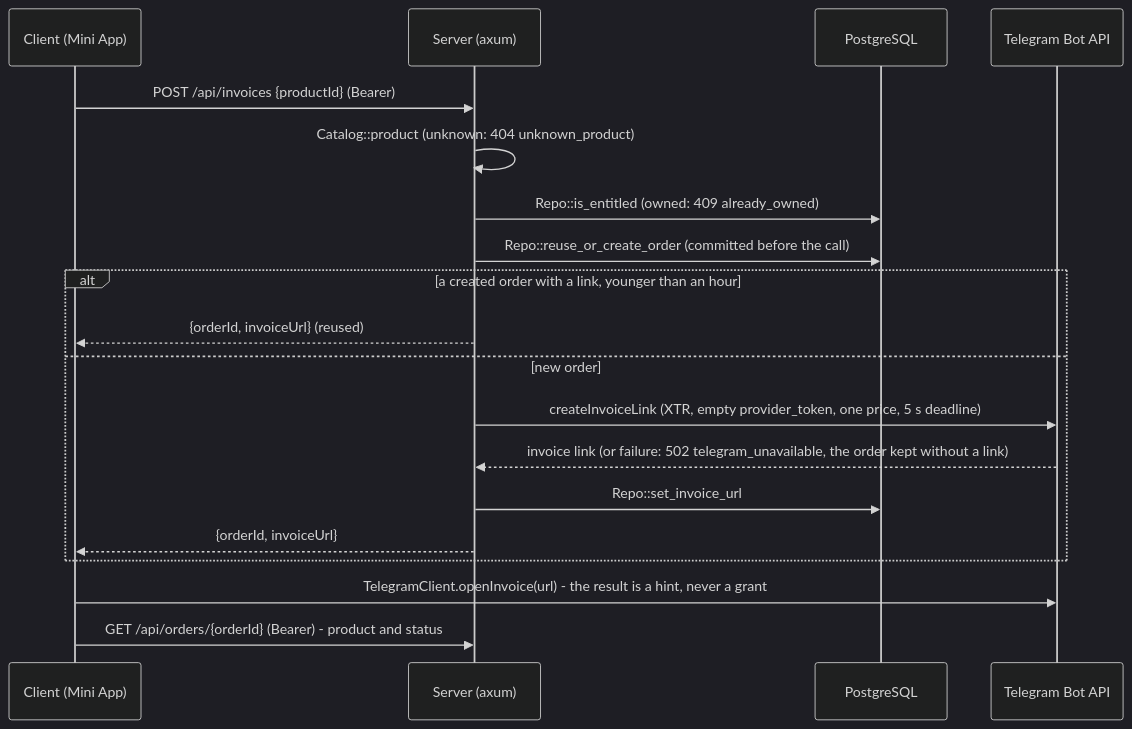
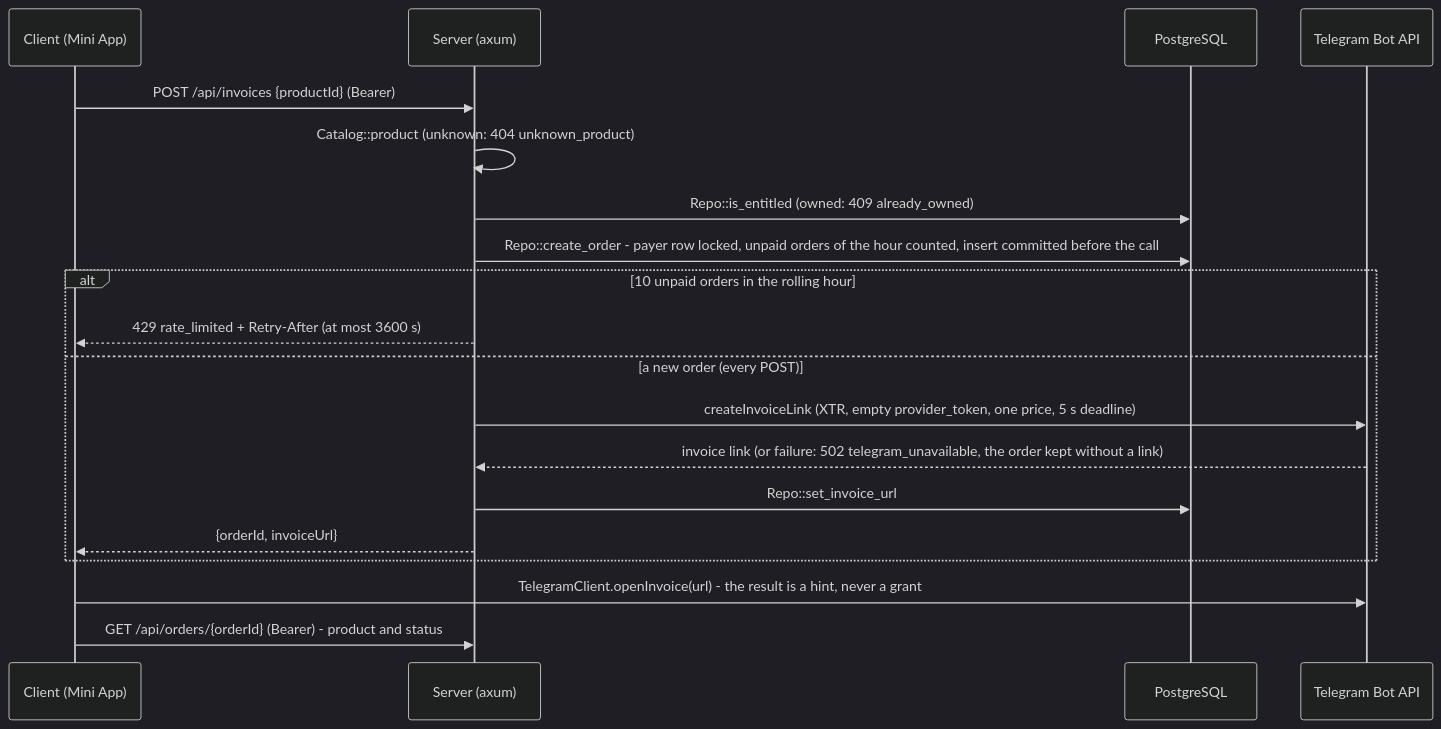
One commit to bluesteelll/tg-app-novel changed the fifth of 7 diagrams in docs/ARCHITECTURE.md. Above: the diagram before and after it, drawn with Mermaid (dark theme). The commit also changed other lines of this file and 5 other files, not shown here.

````diff
--- a/docs/ARCHITECTURE.md
+++ b/docs/ARCHITECTURE.md
@@ -337,21 +337,21 @@
 ```mermaid
 sequenceDiagram
     participant C as Client (Mini App)
     participant S as Server (axum)
     participant DB as PostgreSQL
     participant T as Telegram Bot API
     C->>S: POST /api/invoices {productId} (Bearer)
     S->>S: Catalog::product (unknown: 404 unknown_product)
     S->>DB: Repo::is_entitled (owned: 409 already_owned)
-    S->>DB: Repo::reuse_or_create_order (committed before the call)
-    alt a created order with a link, younger than an hour
-        S-->>C: {orderId, invoiceUrl} (reused)
-    else new order
+    S->>DB: Repo::create_order - payer row locked, unpaid orders of the hour counted, insert committed before the call
+    alt 10 unpaid orders in the rolling hour
+        S-->>C: 429 rate_limited + Retry-After (at most 3600 s)
+    else a new order (every POST)
         S->>T: createInvoiceLink (XTR, empty provider_token, one price, 5 s deadline)
         T-->>S: invoice link (or failure: 502 telegram_unavailable, the order kept without a link)
         S->>DB: Repo::set_invoice_url
         S-->>C: {orderId, invoiceUrl}
     end
     C->>T: TelegramClient.openInvoice(url) - the result is a hint, never a grant
     C->>S: GET /api/orders/{orderId} (Bearer) - product and status
 ```
````
